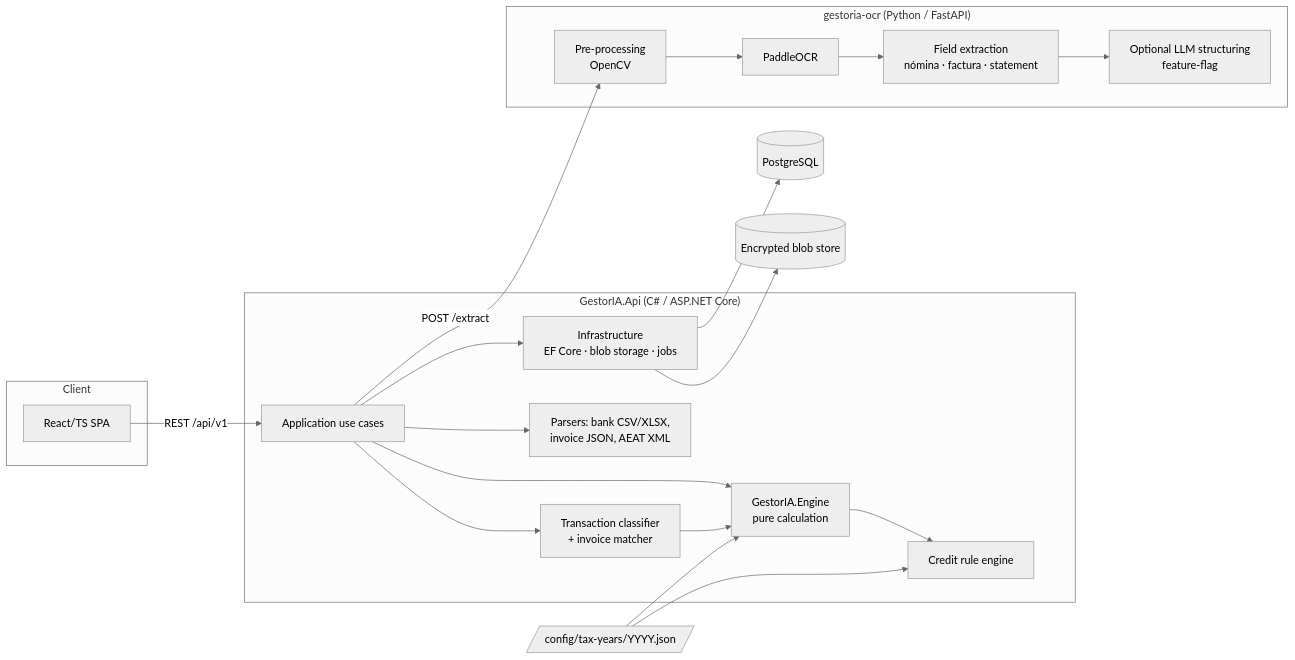
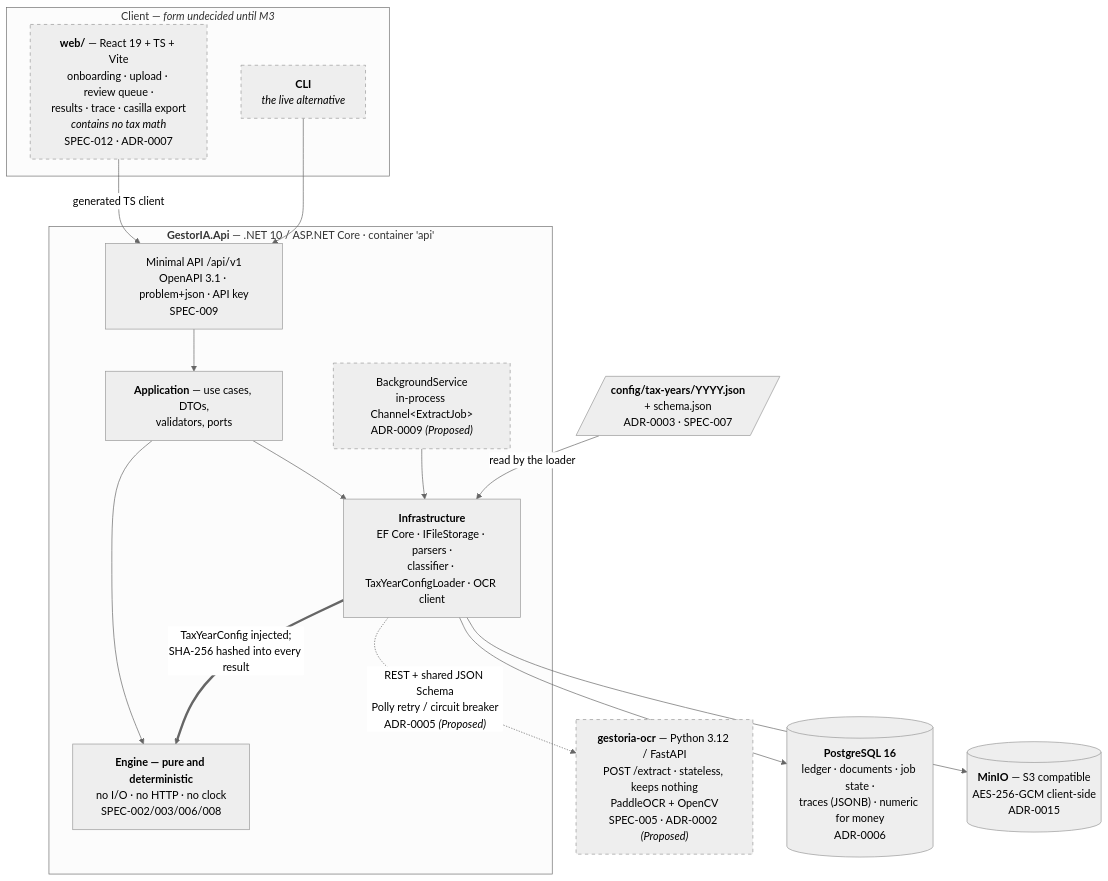
One commit to mykola-blonskyi/gestoria changed the second of 4 diagrams in docs/architecture.md. Above: the diagram before and after it, drawn with Mermaid (neutral theme). The commit also changed other lines of this file and 21 other files, not shown here.

First line of the commit message:
Tax-year config schema, cross-field rules and mutation tests (#19)

````diff
--- a/docs/architecture.md
+++ b/docs/architecture.md
@@ -24,33 +65,36 @@
 ```mermaid
-flowchart LR
-  subgraph Client
-    SPA[React/TS SPA]
+flowchart TB
+  subgraph client["Client — <i>form undecided until M3</i>"]
+    SPA["<b>web/</b> — React 19 + TS + Vite<br/>onboarding · upload · review queue ·<br/>results · trace · casilla export<br/><i>contains no tax math</i><br/>SPEC-012 · ADR-0007"]
+    CLI["<b>CLI</b><br/><i>the live alternative</i>"]
   end
-  subgraph API["GestorIA.Api (C# / ASP.NET Core)"]
-    APP[Application use cases]
-    ENG[GestorIA.Engine<br/>pure calculation]
-    RUL[Credit rule engine]
-    CLS[Transaction classifier<br/>+ invoice matcher]
-    PRS[Parsers: bank CSV/XLSX,<br/>invoice JSON, AEAT XML]
-    INF[Infrastructure<br/>EF Core · blob storage · jobs]
+
+  subgraph api["<b>GestorIA.Api</b> — .NET 10 / ASP.NET Core · container 'api'"]
+    EP["Minimal API /api/v1<br/>OpenAPI 3.1 · problem+json · API key<br/>SPEC-009"]
+    APP["<b>Application</b> — use cases, DTOs,<br/>validators, ports"]
+    ENG["<b>Engine — pure and deterministic</b><br/>no I/O · no HTTP · no clock<br/>SPEC-002/003/006/008"]
+    INF["<b>Infrastructure</b><br/>EF Core · IFileStorage · parsers ·<br/>classifier · TaxYearConfigLoader · OCR client"]
+    JOB["BackgroundService<br/>in-process Channel&lt;ExtractJob&gt;<br/>ADR-0009 <i>(Proposed)</i>"]
   end
-  subgraph OCR["gestoria-ocr (Python / FastAPI)"]
-    PRE[Pre-processing<br/>OpenCV]
-    PAD[PaddleOCR]
-    EXT[Field extraction<br/>nómina · factura · statement]
-    LLM[Optional LLM structuring<br/>feature-flag]
-  end
-  DB[(PostgreSQL)]
-  FS[(Encrypted blob store)]
-  CFG[/config/tax-years/YYYY.json/]
 
-  SPA -->|REST /api/v1| APP
-  APP --> ENG --> RUL
-  APP --> CLS --> ENG
-  APP --> PRS
-  APP --> INF --> DB
-  INF --> FS
-  APP -->|POST /extract| PRE --> PAD --> EXT --> LLM
-  CFG --> ENG
-  CFG --> RUL
+  OCR["<b>gestoria-ocr</b> — Python 3.12 / FastAPI<br/>POST /extract · stateless, keeps nothing<br/>PaddleOCR + OpenCV<br/>SPEC-005 · ADR-0002 <i>(Proposed)</i>"]
+
+  PG[("<b>PostgreSQL 16</b><br/>ledger · documents · job state ·<br/>traces (JSONB) · numeric for money<br/>ADR-0006")]
+  BLOB[("<b>MinIO</b> — S3 compatible<br/>AES-256-GCM client-side<br/>ADR-0015")]
+  CFG[/"<b>config/tax-years/YYYY.json</b><br/>+ schema.json<br/>ADR-0003 · SPEC-007"/]
+
+  SPA -->|"generated TS client"| EP
+  CLI --> EP
+  EP --> APP
+  APP --> ENG
+  APP --> INF
+  INF --> PG
+  INF --> BLOB
+  INF -.->|"REST + shared JSON Schema<br/>Polly retry / circuit breaker<br/>ADR-0005 <i>(Proposed)</i>"| OCR
+  JOB --> INF
+  CFG -->|"read by the loader"| INF
+  INF ==>|"TaxYearConfig injected;<br/>SHA-256 hashed into every result"| ENG
+
+  classDef planned stroke-dasharray: 5 5
+  class OCR,CLI,SPA,JOB planned
 ```
````
